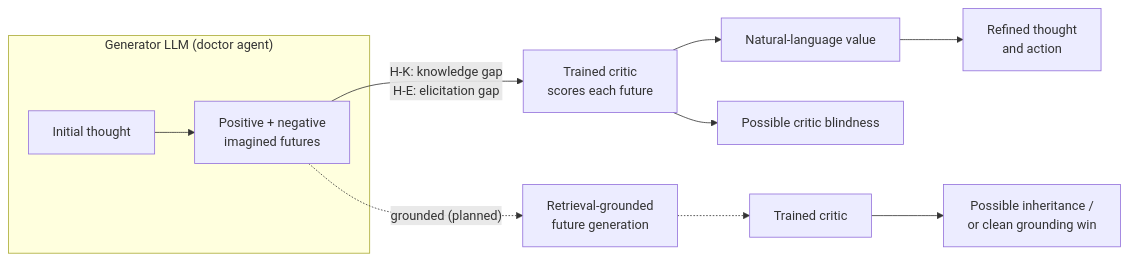
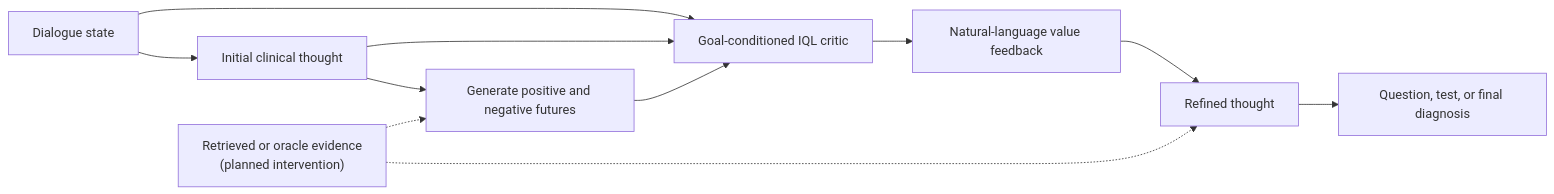
The diagram in README.md (Abhineetsoccer/pnlc-agentclinic), drawn with Mermaid before and after one commit. The commit also changed other lines of this file and 4 other files, not shown here.

````diff
--- a/README.md
+++ b/README.md
@@ -25,11 +51,13 @@
 ```mermaid
 flowchart LR
-    subgraph Generator["Generator LLM (doctor agent)"]
-        T["Initial thought"] --> F["Positive + negative\nimagined futures"]
-    end
-    F -->|"H-K: knowledge gap\nH-E: elicitation gap"| C1["Trained critic\nscores each future"]
-    C1 --> V["Natural-language value"] --> A["Refined thought\nand action"]
-    F -.grounded (planned).-> R["Retrieval-grounded\nfuture generation"] -.-> C2["Trained critic"]
-    C1 --> O1["Possible critic blindness"]
-    C2 --> O2["Possible inheritance /\nor clean grounding win"]
+    S["Dialogue state"] --> T["Initial clinical thought"]
+    T --> G["Generate positive and negative futures"]
+    S --> C["Goal-conditioned IQL critic"]
+    T --> C
+    G --> C
+    C --> V["Natural-language value feedback"]
+    V --> R["Refined thought"]
+    R --> A["Question, test, or final diagnosis"]
+    K["Retrieved or oracle evidence\n(planned intervention)"] -.-> G
+    K -.-> R
 ```
````
